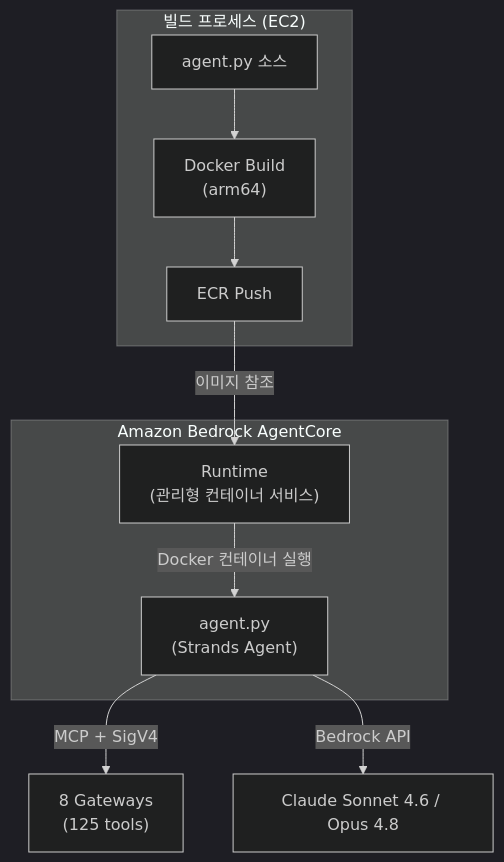
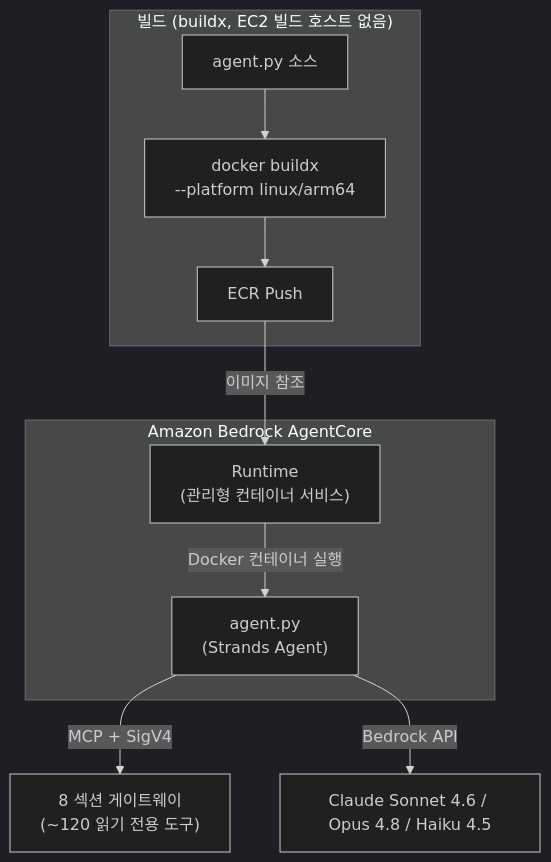
One commit to Atom-oh/awsops changed the second of 7 diagrams in docs-site/docs/faq/agentcore-memory.md. Above: the diagram before and after it, drawn with Mermaid (dark theme). The commit also changed other lines of this file and 14 other files, not shown here.

````diff
--- a/docs-site/docs/faq/agentcore-memory.md
+++ b/docs-site/docs/faq/agentcore-memory.md
@@ -16,17 +40,17 @@
 ```mermaid
 flowchart TD
   subgraph AC["Amazon Bedrock AgentCore"]
     RT["Runtime<br/>(관리형 컨테이너 서비스)"]
     RT -->|"Docker 컨테이너 실행"| AGENT["agent.py<br/>(Strands Agent)"]
   end
 
-  subgraph BUILD["빌드 프로세스 (EC2)"]
-    SRC["agent.py 소스"] --> DOCKER["Docker Build<br/>(arm64)"]
+  subgraph BUILD["빌드 (buildx, EC2 빌드 호스트 없음)"]
+    SRC["agent.py 소스"] --> DOCKER["docker buildx<br/>--platform linux/arm64"]
     DOCKER --> ECR["ECR Push"]
   end
 
   ECR -->|"이미지 참조"| RT
 
-  AGENT -->|"MCP + SigV4"| GW["8 Gateways<br/>(125 tools)"]
-  AGENT -->|"Bedrock API"| MODEL["Claude Sonnet 4.6 / Opus 4.8"]
+  AGENT -->|"MCP + SigV4"| GW["8 섹션 게이트웨이<br/>(~120 읽기 전용 도구)"]
+  AGENT -->|"Bedrock API"| MODEL["Claude Sonnet 4.6 / Opus 4.8 / Haiku 4.5"]
 ```
````
